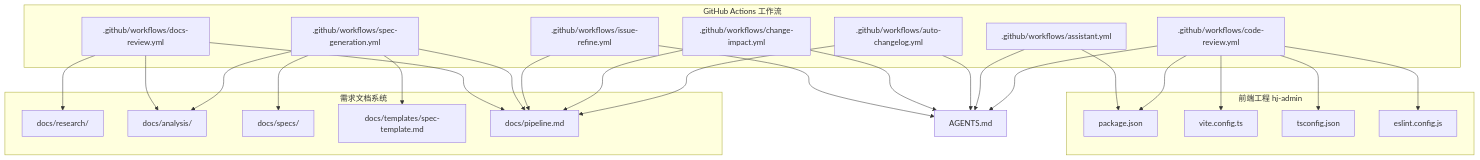
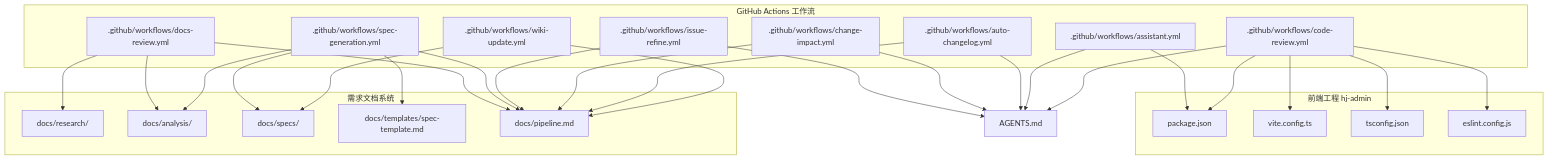
The first of 12 diagrams in .qoder/repowiki/zh/content/部署运维/CI_CD工作流配置.md (Seiano/hj-admin), drawn with Mermaid before and after one commit. The commit also changed other lines of this file and 8 other files, not shown here.

````diff
--- a/.qoder/repowiki/zh/content/部署运维/CI_CD工作流配置.md
+++ b/.qoder/repowiki/zh/content/部署运维/CI_CD工作流配置.md
@@ -59,46 +61,49 @@
 ```mermaid
 graph TB
 subgraph "GitHub Actions 工作流"
 A[".github/workflows/assistant.yml"]
 B[".github/workflows/code-review.yml"]
 C[".github/workflows/docs-review.yml"]
 D[".github/workflows/spec-generation.yml"]
 E[".github/workflows/issue-refine.yml"]
 F[".github/workflows/change-impact.yml"]
 G[".github/workflows/auto-changelog.yml"]
+H[".github/workflows/wiki-update.yml"]
 end
 subgraph "前端工程 hj-admin"
-H["package.json"]
-I["vite.config.ts"]
-J["tsconfig.json"]
-K["eslint.config.js"]
+I["package.json"]
+J["vite.config.ts"]
+K["tsconfig.json"]
+L["eslint.config.js"]
 end
 subgraph "需求文档系统"
-L["docs/research/"]
-M["docs/analysis/"]
-N["docs/specs/"]
-O["docs/templates/spec-template.md"]
-P["docs/pipeline.md"]
+M["docs/research/"]
+N["docs/analysis/"]
+O["docs/specs/"]
+P["docs/templates/spec-template.md"]
+Q["docs/pipeline.md"]
 end
-Q["AGENTS.md"]
-A --> H
-B --> H
+R["AGENTS.md"]
+A --> I
+B --> I
+B --> L
 B --> K
 B --> J
-B --> I
-C --> L
 C --> M
-D --> M
+C --> N
 D --> N
 D --> O
+D --> P
+E --> R
+F --> R
+G --> R
+H --> O
+A --> R
+B --> R
+C --> Q
+D --> Q
 E --> Q
 F --> Q
 G --> Q
-A --> Q
-B --> Q
-C --> P
-D --> P
-E --> P
-F --> P
-G --> P
+H --> Q
 ```
````
